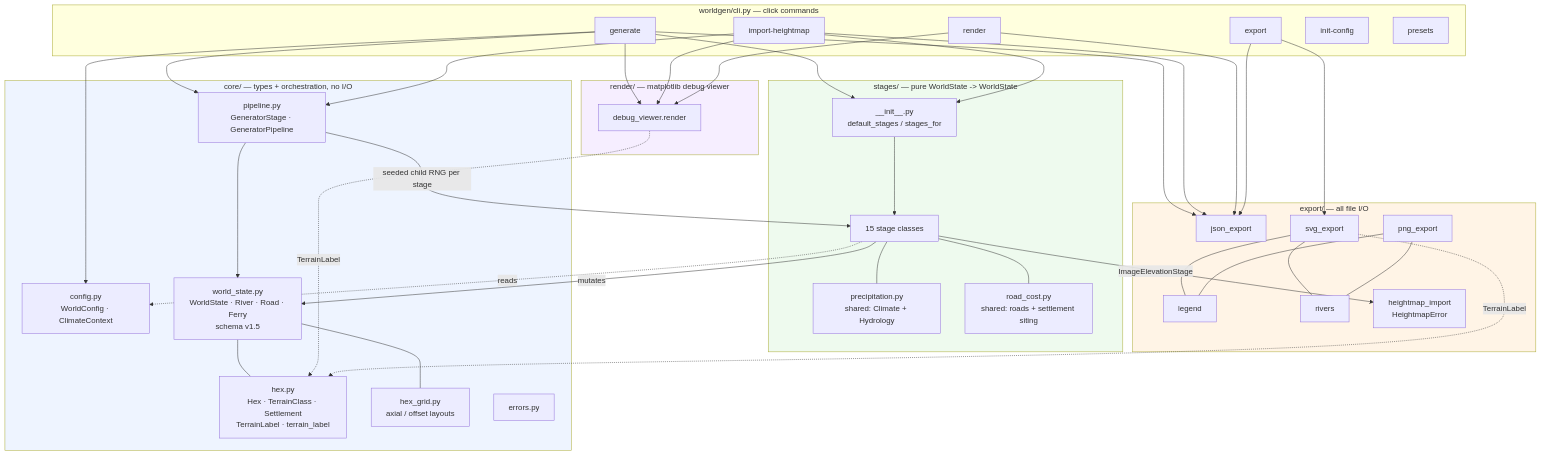
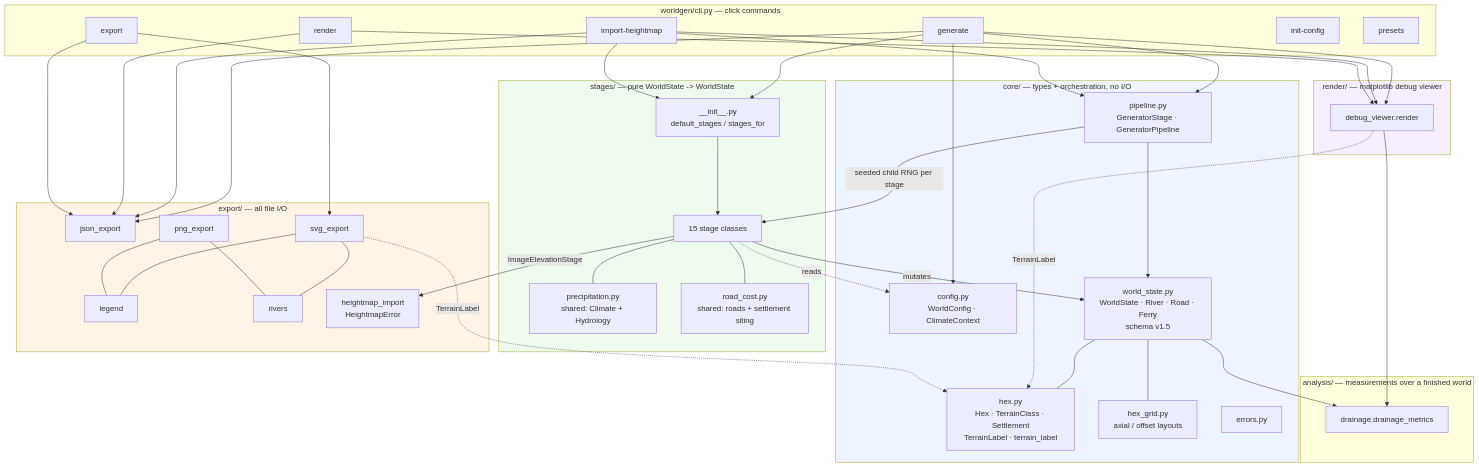
The first of 2 diagrams in docs/ARCHITECTURE.md (countercheck/worldgen), drawn with Mermaid before and after one commit. The commit also changed 15 other files, not shown here.

```diff
--- a/docs/ARCHITECTURE.md
+++ b/docs/ARCHITECTURE.md
@@ -45,6 +45,13 @@
         DV[debug_viewer.render]
     end
 
+    subgraph ANALYSIS["analysis/ — measurements over a finished world"]
+        DN[drainage.drainage_metrics]
+    end
+
+    DV --> DN
+    WS --> DN
+
     G --> CFG
     G --> REG
     IH --> REG
```
